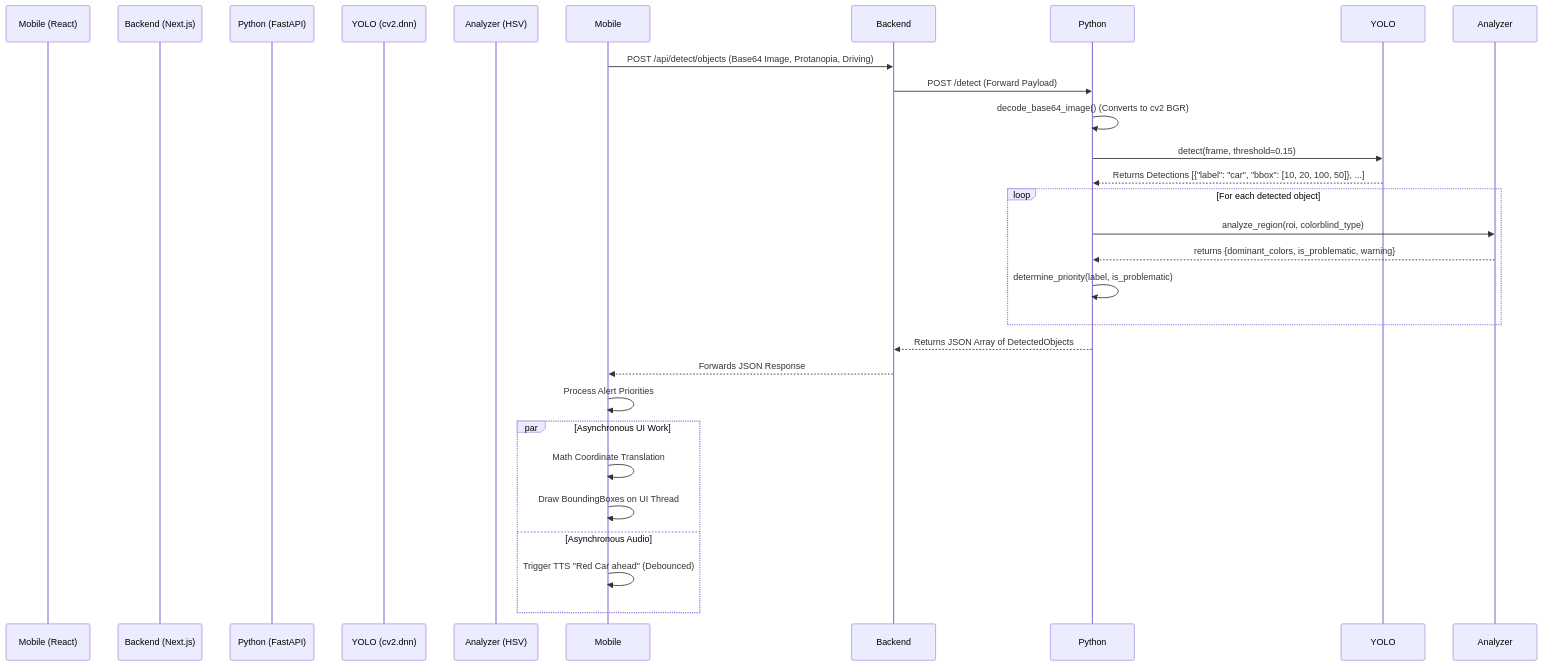
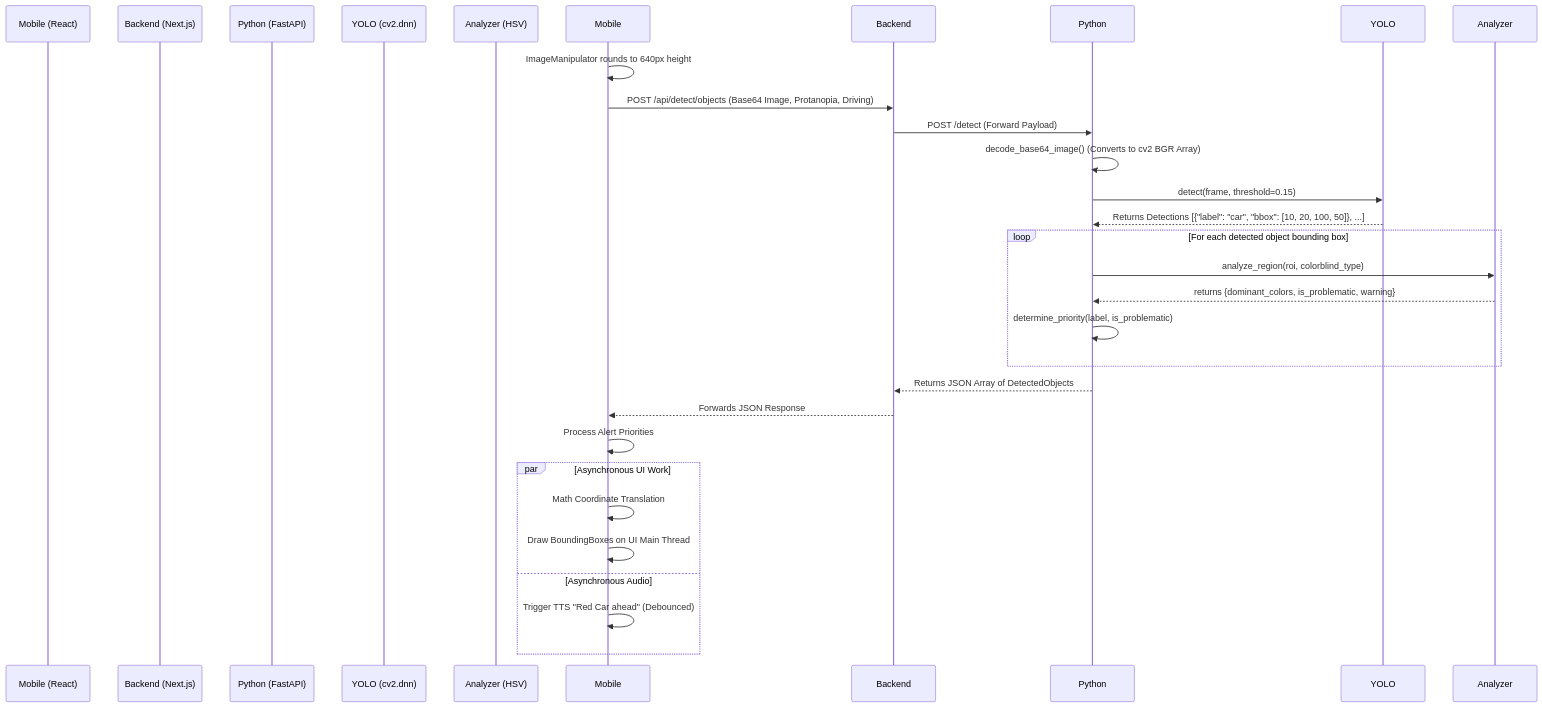
One commit to alexli8408/TrueLight changed the fifth of 5 diagrams in devlog.md. Above: the diagram before and after it, drawn with Mermaid. The commit also changed other lines of this file, not shown here.

Commit message:
docs: expand true light server architecture logic

````diff
--- a/devlog.md
+++ b/devlog.md
@@ -159,33 +168,34 @@
 ```mermaid
 sequenceDiagram
     participant Mobile (React)
     participant Backend (Next.js)
     participant Python (FastAPI)
     participant YOLO (cv2.dnn)
     participant Analyzer (HSV)
 
+    Mobile->>Mobile: ImageManipulator rounds to 640px height
     Mobile->>Backend: POST /api/detect/objects (Base64 Image, Protanopia, Driving)
     Backend->>Python: POST /detect (Forward Payload)
 
-    Python->>Python: decode_base64_image() (Converts to cv2 BGR)
+    Python->>Python: decode_base64_image() (Converts to cv2 BGR Array)
 
     Python->>YOLO: detect(frame, threshold=0.15)
     YOLO-->>Python: Returns Detections [{"label": "car", "bbox": [10, 20, 100, 50]}, ...]
 
-    loop For each detected object
+    loop For each detected object bounding box
         Python->>Analyzer: analyze_region(roi, colorblind_type)
         Analyzer-->>Python: returns {dominant_colors, is_problematic, warning}
         Python->>Python: determine_priority(label, is_problematic)
     end
 
     Python-->>Backend: Returns JSON Array of DetectedObjects
     Backend-->>Mobile: Forwards JSON Response
 
     Mobile->>Mobile: Process Alert Priorities
     par Asynchronous UI Work
         Mobile->>Mobile: Math Coordinate Translation
-        Mobile->>Mobile: Draw BoundingBoxes on UI Thread
+        Mobile->>Mobile: Draw BoundingBoxes on UI Main Thread
     and Asynchronous Audio
         Mobile->>Mobile: Trigger TTS "Red Car ahead" (Debounced)
     end
 ```
````
